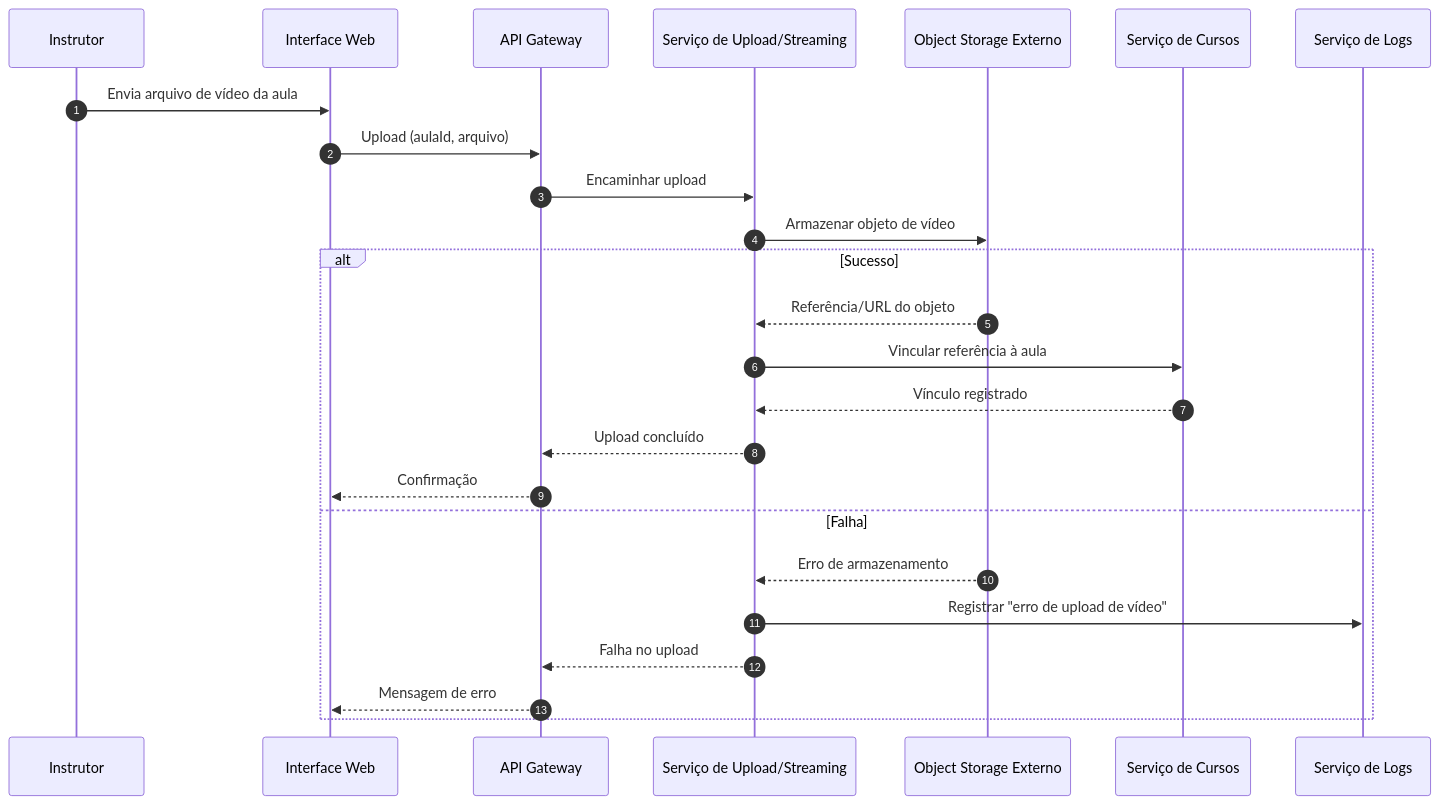
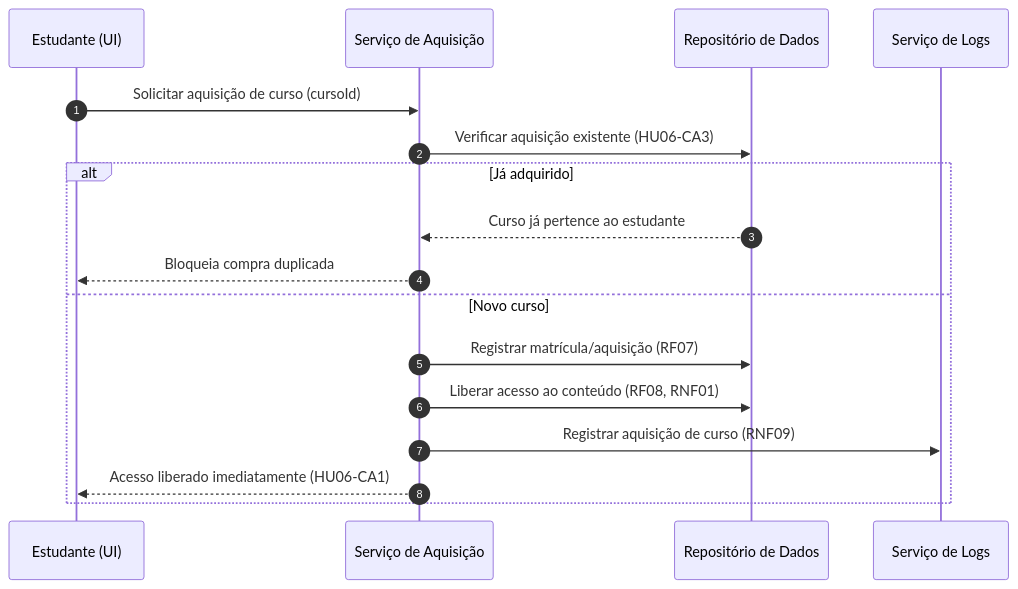
One commit to PDC-ESIA/AI4ES changed the third of 3 diagrams in docs/Time_2_Design/analise-qualitativa/outputs/relatorio_claude_opus_4_8_M01.md. Above: the diagram before and after it, drawn with Mermaid. The commit also changed other lines of this file and 107 other files, not shown here.

````diff
--- a/docs/Time_2_Design/analise-qualitativa/outputs/relatorio_claude_opus_4_8_M01.md
+++ b/docs/Time_2_Design/analise-qualitativa/outputs/relatorio_claude_opus_4_8_M01.md
@@ -144,28 +104,20 @@
 ```mermaid
 sequenceDiagram
     autonumber
-    participant I as Instrutor
-    participant UI as Interface Web
-    participant API as API Gateway
-    participant MD as Serviço de Upload/Streaming
-    participant OS as Object Storage Externo
-    participant CO as Serviço de Cursos
-    participant LG as Serviço de Logs
+    participant E as Estudante (UI)
+    participant ENROLL as Serviço de Aquisição
+    participant DB as Repositório de Dados
+    participant LOG as Serviço de Logs
 
-    I->>UI: Envia arquivo de vídeo da aula
-    UI->>API: Upload (aulaId, arquivo)
-    API->>MD: Encaminhar upload
-    MD->>OS: Armazenar objeto de vídeo
-    alt Sucesso
-        OS-->>MD: Referência/URL do objeto
-        MD->>CO: Vincular referência à aula
-        CO-->>MD: Vínculo registrado
-        MD-->>API: Upload concluído
-        API-->>UI: Confirmação
-    else Falha
-        OS-->>MD: Erro de armazenamento
-        MD->>LG: Registrar "erro de upload de vídeo"
-        MD-->>API: Falha no upload
-        API-->>UI: Mensagem de erro
+    E->>ENROLL: Solicitar aquisição de curso (cursoId)
+    ENROLL->>DB: Verificar aquisição existente (HU06-CA3)
+    alt Já adquirido
+        DB-->>ENROLL: Curso já pertence ao estudante
+        ENROLL-->>E: Bloqueia compra duplicada
+    else Novo curso
+        ENROLL->>DB: Registrar matrícula/aquisição (RF07)
+        ENROLL->>DB: Liberar acesso ao conteúdo (RF08, RNF01)
+        ENROLL->>LOG: Registrar aquisição de curso (RNF09)
+        ENROLL-->>E: Acesso liberado imediatamente (HU06-CA1)
     end
 ```
````
